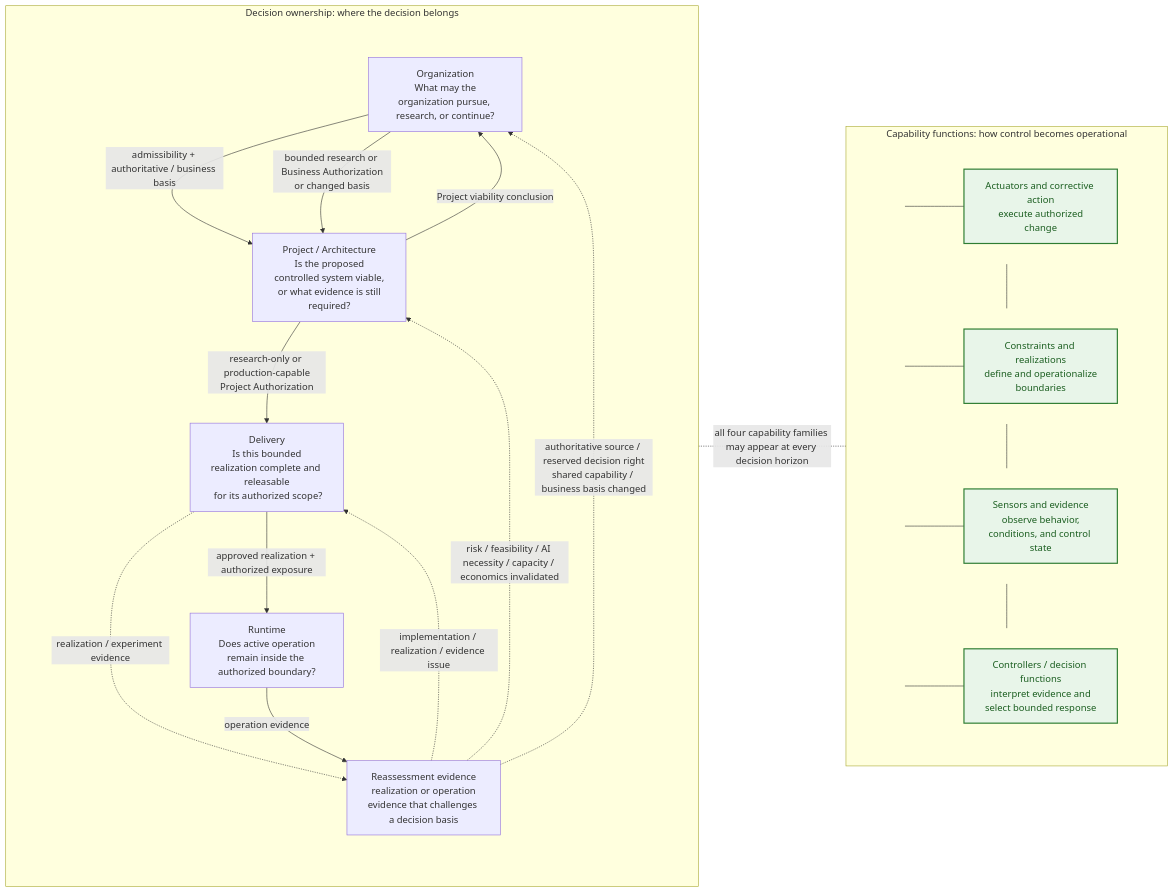
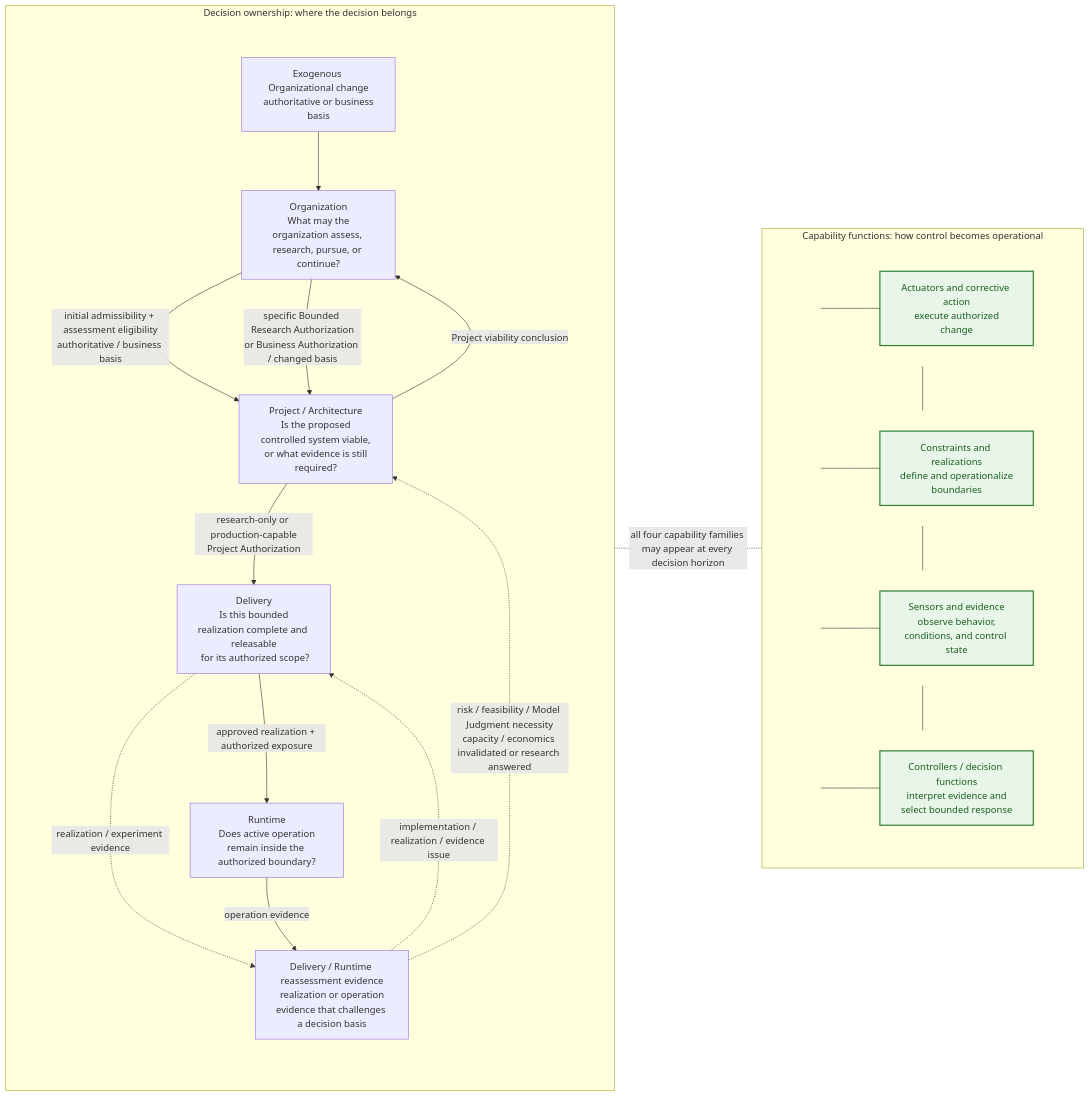
One commit to UncertaintyArchitectureGroup/uncertainty-architecture changed the ninth of 15 diagrams in content/research/notes/open-engineering-specification-article-draft.md. Above: the diagram before and after it, drawn with Mermaid. The commit also changed other lines of this file, not shown here.

Commit message:
docs(article): tighten section 4 decision routing

````diff
--- a/content/research/notes/open-engineering-specification-article-draft.md
+++ b/content/research/notes/open-engineering-specification-article-draft.md
@@ -507,62 +508,63 @@
 ```mermaid
 flowchart LR
     subgraph L["Decision ownership: where the decision belongs"]
         direction TB
         subgraph SPINE9[" "]
             direction TB
-            O["Organization<br/> What may the organization pursue, research, or continue?"]
+            O["Organization<br/> What may the organization assess, research, pursue, or continue?"]
             P["Project / Architecture<br/> Is the proposed controlled system viable,<br/> or what evidence is still required?"]
             D["Delivery<br/> Is this bounded realization complete and releasable<br/> for its authorized scope?"]
             R["Runtime<br/> Does active operation remain inside the authorized boundary?"]
-            E["Reassessment evidence<br/> realization or operation evidence that challenges a decision basis"]
+            E["Delivery / Runtime reassessment evidence<br/> realization or operation evidence that challenges a decision basis"]
+            X["Exogenous Organizational change<br/> authoritative or business basis"]
 
-            O -->|admissibility + authoritative / business basis| P
+            O -->|initial admissibility + assessment eligibility<br/>authoritative / business basis| P
             P -->|Project viability conclusion| O
-            O -->|bounded research or Business Authorization<br/>or changed basis| P
+            O -->|specific Bounded Research Authorization<br/>or Business Authorization / changed basis| P
             P -->|research-only or production-capable<br/>Project Authorization| D
             D -->|approved realization + authorized exposure| R
             D -.->|realization / experiment evidence| E
             R -->|operation evidence| E
+            X --> O
         end
 
         E -.->|implementation / realization / evidence issue| D
-        E -.->|risk / feasibility / AI necessity / capacity / economics invalidated| P
-        E -.->|authoritative source / reserved decision right<br/>shared capability / business basis changed| O
+        E -.->|risk / feasibility / Model Judgment necessity<br/>capacity / economics invalidated or research answered| P
         style SPINE9 fill:none,stroke:none
     end
 
     subgraph F["Capability functions: how control becomes operational"]
         direction TB
         subgraph F1[" "]
             direction LR
             J1(( )) --- A["Actuators and corrective action<br/> execute authorized change"]
         end
         subgraph F2[" "]
             direction LR
             J2(( )) --- K["Constraints and realizations<br/> define and operationalize boundaries"]
         end
         subgraph F3[" "]
             direction LR
             J3(( )) --- S["Sensors and evidence<br/> observe behavior, conditions, and control state"]
         end
         subgraph F4[" "]
             direction LR
             J4(( )) --- C["Controllers / decision functions<br/> interpret evidence and select bounded response"]
         end
 
         J1 --- J2
         J2 --- J3
         J3 --- J4
         style F1 fill:none,stroke:none
         style F2 fill:none,stroke:none
         style F3 fill:none,stroke:none
         style F4 fill:none,stroke:none
     end
 
     L -. "all four capability families may appear at every decision horizon" .- F
 
     classDef capability fill:#e8f5e9,stroke:#2e7d32,stroke-width:2px,color:#1b5e20;
     classDef railpoint fill:transparent,stroke:transparent,color:transparent;
     class A,K,S,C capability;
     class J1,J2,J3,J4 railpoint;
 ```
````
